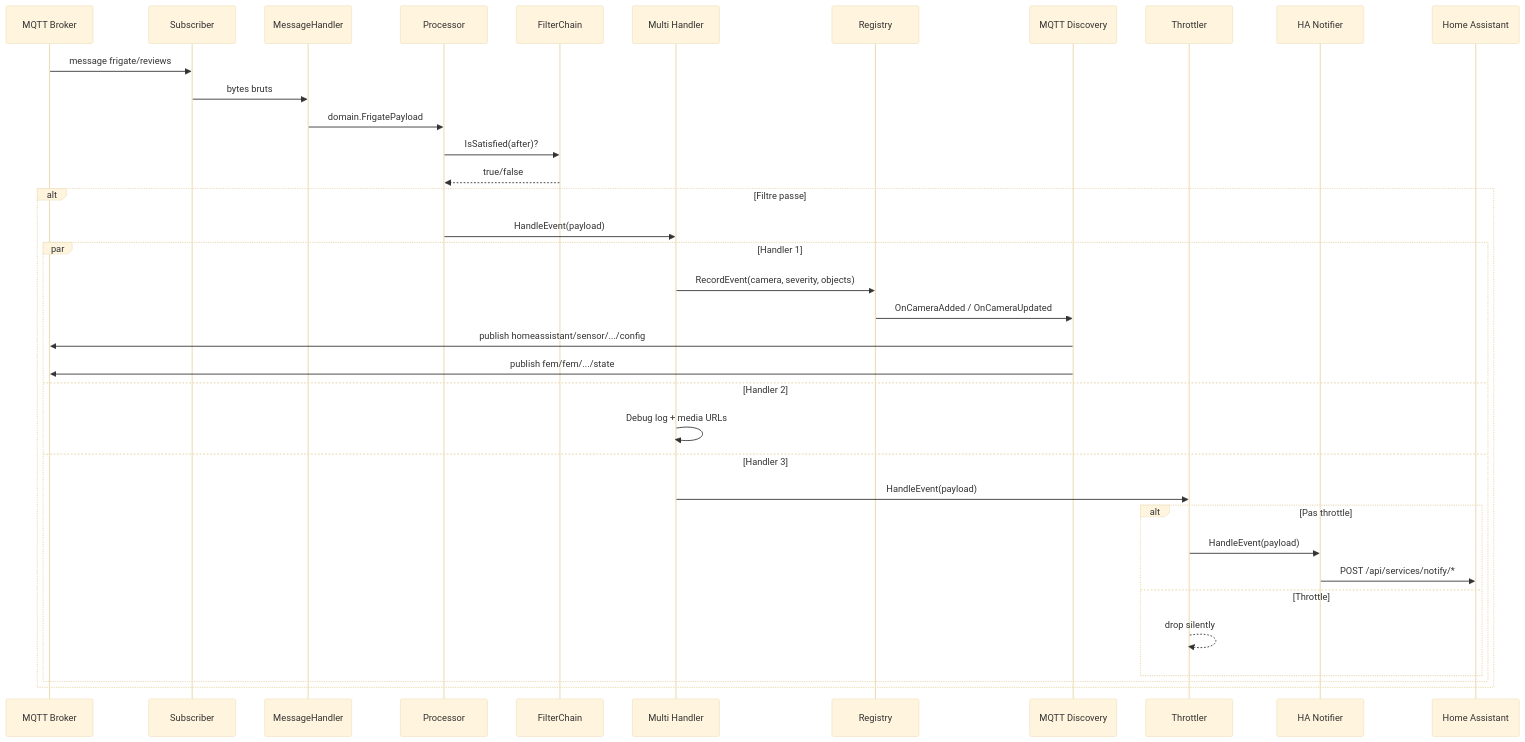
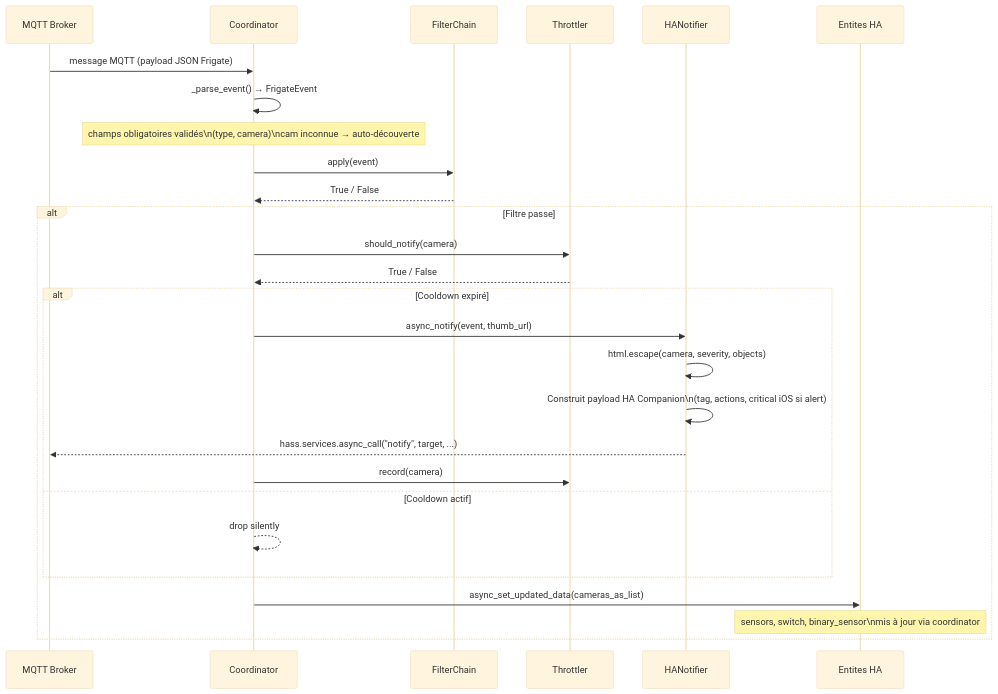
The second of 4 diagrams in docs/architecture.md (trowaflo/frigate-event-manager), drawn with Mermaid (base theme) before and after one commit. The commit also changed other lines of this file and 2 other files, not shown here.

Commit message:
docs: README HACS, architecture Python, blackboard nettoyé

````diff
--- a/docs/architecture.md
+++ b/docs/architecture.md
@@ -70,40 +54,34 @@
 ```mermaid
 sequenceDiagram
     participant B as MQTT Broker
-    participant S as Subscriber
-    participant MH as MessageHandler
-    participant P as Processor
+    participant C as Coordinator
     participant F as FilterChain
-    participant M as Multi Handler
-    participant R as Registry
-    participant D as MQTT Discovery
     participant T as Throttler
-    participant N as HA Notifier
-    participant HA as Home Assistant
+    participant N as HANotifier
+    participant E as Entites HA
 
-    B->>S: message frigate/reviews
-    S->>MH: bytes bruts
-    MH->>P: domain.FrigatePayload
-    P->>F: IsSatisfied(after)?
-    F-->>P: true/false
+    B->>C: message MQTT (payload JSON Frigate)
+    C->>C: _parse_event() → FrigateEvent
+    Note over C: champs obligatoires validés\n(type, camera)\ncam inconnue → auto-découverte
+
+    C->>F: apply(event)
+    F-->>C: True / False
 
     alt Filtre passe
-        P->>M: HandleEvent(payload)
-        par Handler 1
-            M->>R: RecordEvent(camera, severity, objects)
-            R->>D: OnCameraAdded / OnCameraUpdated
-            D->>B: publish homeassistant/sensor/.../config
-            D->>B: publish fem/fem/.../state
-        and Handler 2
-            M->>M: Debug log + media URLs
-        and Handler 3
-            M->>T: HandleEvent(payload)
-            alt Pas throttle
-                T->>N: HandleEvent(payload)
-                N->>HA: POST /api/services/notify/*
-            else Throttle
-                T-->>T: drop silently
-            end
+        C->>T: should_notify(camera)
+        T-->>C: True / False
+
+        alt Cooldown expiré
+            C->>N: async_notify(event, thumb_url)
+            N->>N: html.escape(camera, severity, objects)
+            N->>N: Construit payload HA Companion\n(tag, actions, critical iOS si alert)
+            N-->>B: hass.services.async_call("notify", target, ...)
+            C->>T: record(camera)
+        else Cooldown actif
+            C-->>C: drop silently
         end
+
+        C->>E: async_set_updated_data(cameras_as_list)
+        Note over E: sensors, switch, binary_sensor\nmis à jour via coordinator
     end
 ```
````
